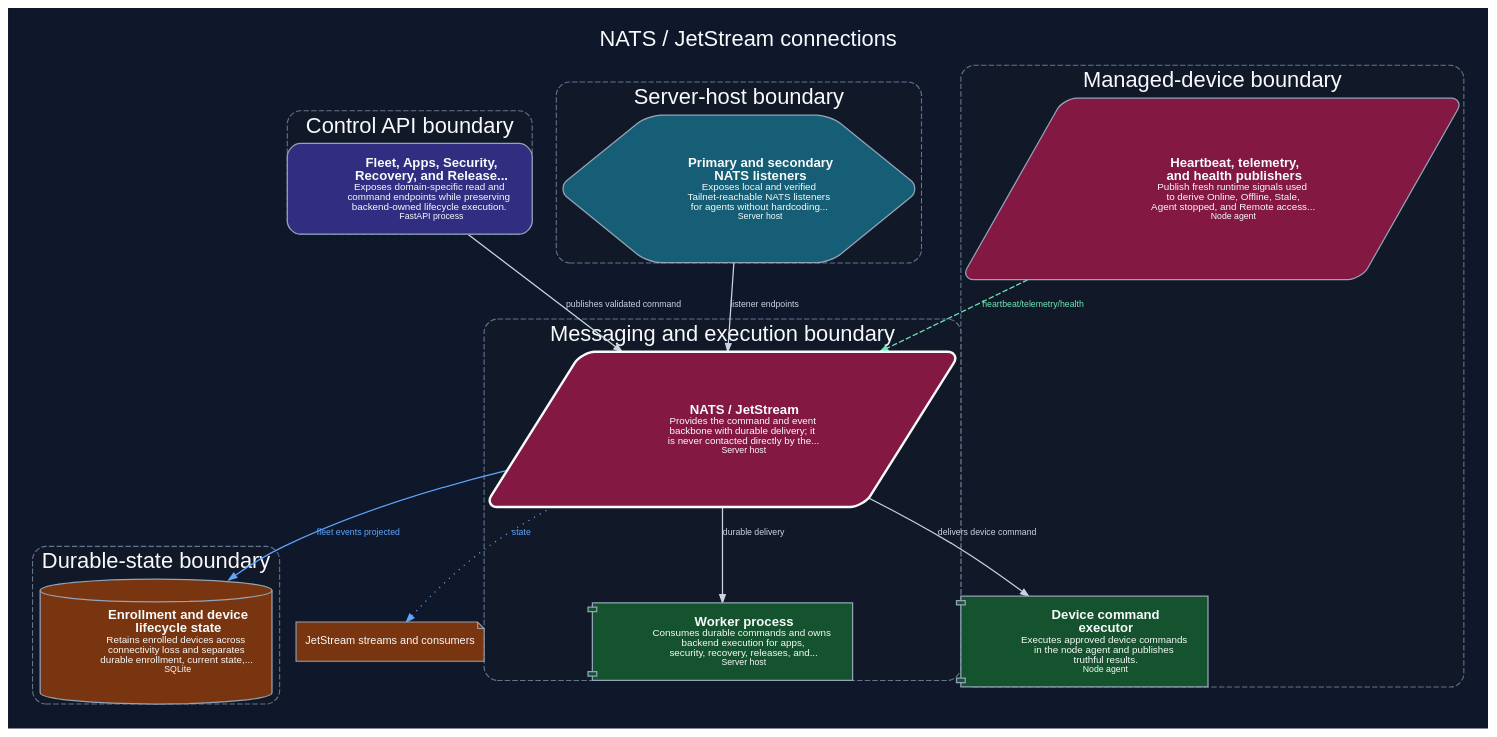
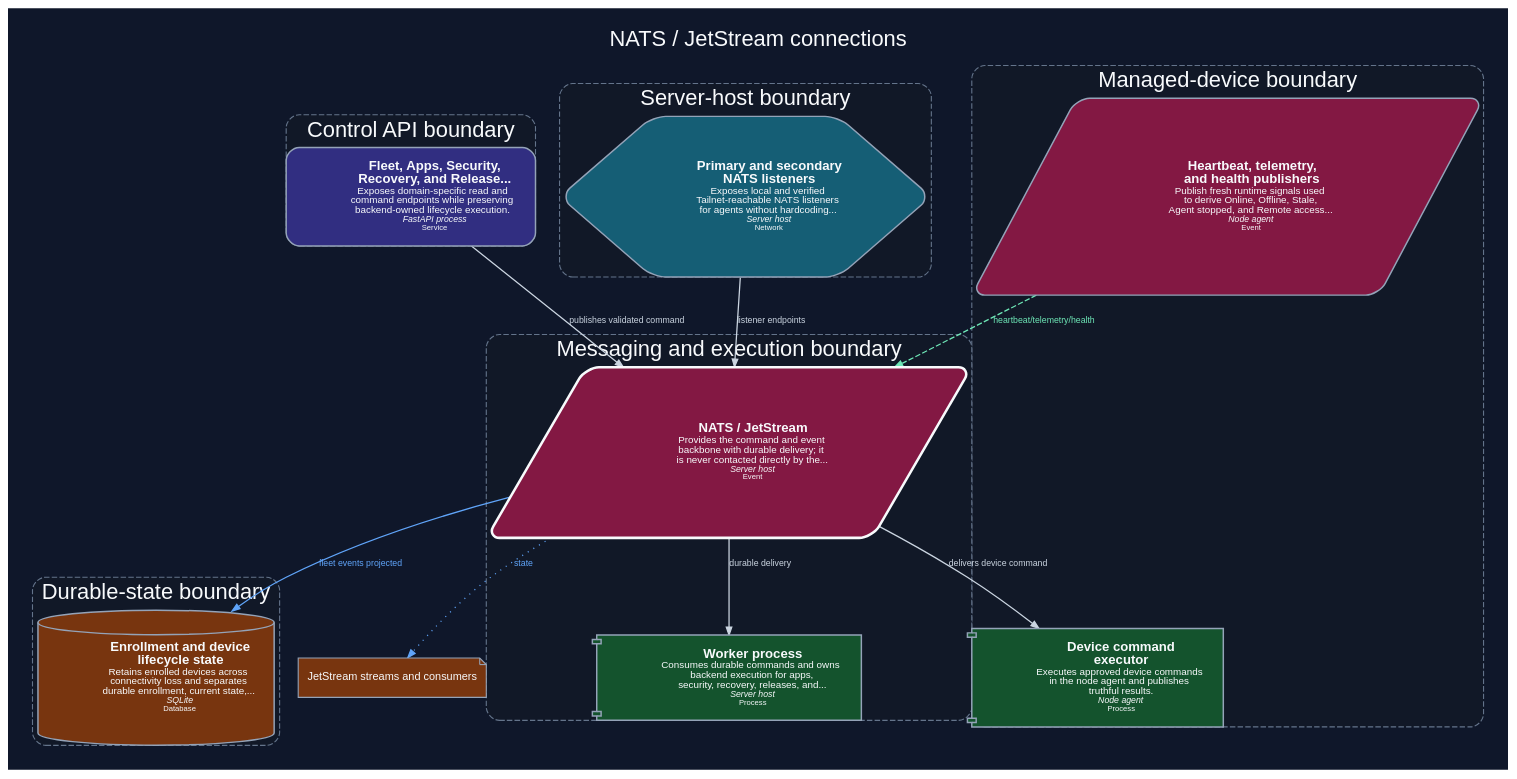
One commit to dexter-lab-ctrl/pocket-lab-lite changed the diagram in docs/assets/diagrams/production/components/nats-jetstream.dark.dot. Above: the diagram before and after it, drawn with Graphviz. The commit also changed 395 other files, not shown here.

Commit message:
docs: add infrastructure architecture icons

```diff
--- a/docs/assets/diagrams/production/components/nats-jetstream.dark.dot
+++ b/docs/assets/diagrams/production/components/nats-jetstream.dark.dot
@@ -39,7 +39,7 @@
     fillcolor="#111827";
     fontcolor="#f8fafc";
     penwidth="1.0";
-    "api-domain-surfaces" [label=<<TABLE BORDER="0" CELLBORDER="0" CELLPADDING="4"><TR><TD FIXEDSIZE="TRUE" WIDTH="38" HEIGHT="38"> </TD><TD ALIGN="LEFT"><FONT POINT-SIZE="12"><B>Fleet, Apps, Security,<BR/>Recovery, and Release...</B></FONT><BR/><FONT POINT-SIZE="9">Exposes domain-specific read and<BR/>command endpoints while preserving<BR/>backend-owned lifecycle execution.</FONT><BR/><FONT POINT-SIZE="8">FastAPI process</FONT></TD></TR></TABLE>>, shape="box", style="rounded,filled", fillcolor="#312e81", color="#94a3b8", fontcolor="#f8fafc", penwidth="1.15", tooltip="Fleet, Apps, Security, Recovery, and Release APIs. Exposes domain-specific read and command endpoints while preserving backend-owned lifecycle execution.", URL="../../../../generated/production/architecture/components/api-domain-surfaces/", target="_top"];
+    "api-domain-surfaces" [label=<<TABLE BORDER="0" CELLBORDER="0" CELLPADDING="4"><TR><TD FIXEDSIZE="TRUE" WIDTH="42" HEIGHT="42"> </TD><TD ALIGN="LEFT"><FONT POINT-SIZE="12"><B>Fleet, Apps, Security,<BR/>Recovery, and Release...</B></FONT><BR/><FONT POINT-SIZE="9">Exposes domain-specific read and<BR/>command endpoints while preserving<BR/>backend-owned lifecycle execution.</FONT><BR/><FONT POINT-SIZE="8"><I>FastAPI process</I></FONT><BR/><FONT POINT-SIZE="7.5">Service</FONT></TD></TR></TABLE>>, shape="box", style="rounded,filled", fillcolor="#312e81", color="#94a3b8", fontcolor="#f8fafc", penwidth="1.35", tooltip="Fleet, Apps, Security, Recovery, and Release APIs. Exposes domain-specific read and command endpoints while preserving backend-owned lifecycle execution.", URL="../../../../generated/production/architecture/components/api-domain-surfaces/", target="_top"];
   }
   subgraph "cluster_durable-state" {
     label="Durable-state boundary";
@@ -48,7 +48,7 @@
     fillcolor="#111827";
     fontcolor="#f8fafc";
     penwidth="1.0";
-    "device-state" [label=<<TABLE BORDER="0" CELLBORDER="0" CELLPADDING="4"><TR><TD FIXEDSIZE="TRUE" WIDTH="38" HEIGHT="38"> </TD><TD ALIGN="LEFT"><FONT POINT-SIZE="12"><B>Enrollment and device<BR/>lifecycle state</B></FONT><BR/><FONT POINT-SIZE="9">Retains enrolled devices across<BR/>connectivity loss and separates<BR/>durable enrollment, current state,...</FONT><BR/><FONT POINT-SIZE="8">SQLite</FONT></TD></TR></TABLE>>, shape="cylinder", style="rounded,filled", fillcolor="#78350f", color="#94a3b8", fontcolor="#f8fafc", penwidth="1.15", tooltip="Enrollment and device lifecycle state. Retains enrolled devices across connectivity loss and separates durable enrollment, current state, health, supervisor state, and recovery history.", URL="../../../../generated/production/architecture/components/device-state/", target="_top"];
+    "device-state" [label=<<TABLE BORDER="0" CELLBORDER="0" CELLPADDING="4"><TR><TD FIXEDSIZE="TRUE" WIDTH="42" HEIGHT="42"> </TD><TD ALIGN="LEFT"><FONT POINT-SIZE="12"><B>Enrollment and device<BR/>lifecycle state</B></FONT><BR/><FONT POINT-SIZE="9">Retains enrolled devices across<BR/>connectivity loss and separates<BR/>durable enrollment, current state,...</FONT><BR/><FONT POINT-SIZE="8"><I>SQLite</I></FONT><BR/><FONT POINT-SIZE="7.5">Database</FONT></TD></TR></TABLE>>, shape="cylinder", style="rounded,filled", fillcolor="#78350f", color="#94a3b8", fontcolor="#f8fafc", penwidth="1.35", tooltip="Enrollment and device lifecycle state. Retains enrolled devices across connectivity loss and separates durable enrollment, current state, health, supervisor state, and recovery history.", URL="../../../../generated/production/architecture/components/device-state/", target="_top"];
   }
   subgraph "cluster_managed-device" {
     label="Managed-device boundary";
@@ -57,8 +57,8 @@
     fillcolor="#111827";
     fontcolor="#f8fafc";
     penwidth="1.0";
-    "agent-command-executor" [label=<<TABLE BORDER="0" CELLBORDER="0" CELLPADDING="4"><TR><TD FIXEDSIZE="TRUE" WIDTH="38" HEIGHT="38"> </TD><TD ALIGN="LEFT"><FONT POINT-SIZE="12"><B>Device command<BR/>executor</B></FONT><BR/><FONT POINT-SIZE="9">Executes approved device commands<BR/>in the node agent and publishes<BR/>truthful results.</FONT><BR/><FONT POINT-SIZE="8">Node agent</FONT></TD></TR></TABLE>>, shape="component", style="rounded,filled", fillcolor="#14532d", color="#94a3b8", fontcolor="#f8fafc", penwidth="1.15", tooltip="Device command executor. Executes approved device commands in the node agent and publishes truthful results.", URL="../../../../generated/production/architecture/components/agent-command-executor/", target="_top"];
-    "agent-signals" [label=<<TABLE BORDER="0" CELLBORDER="0" CELLPADDING="4"><TR><TD FIXEDSIZE="TRUE" WIDTH="38" HEIGHT="38"> </TD><TD ALIGN="LEFT"><FONT POINT-SIZE="12"><B>Heartbeat, telemetry,<BR/>and health publishers</B></FONT><BR/><FONT POINT-SIZE="9">Publish fresh runtime signals used<BR/>to derive Online, Offline, Stale,<BR/>Agent stopped, and Remote access...</FONT><BR/><FONT POINT-SIZE="8">Node agent</FONT></TD></TR></TABLE>>, shape="parallelogram", style="rounded,filled", fillcolor="#831843", color="#94a3b8", fontcolor="#f8fafc", penwidth="1.15", tooltip="Heartbeat, telemetry, and health publishers. Publish fresh runtime signals used to derive Online, Offline, Stale, Agent stopped, and Remote access not ready states.", URL="../../../../generated/production/architecture/components/agent-signals/", target="_top"];
+    "agent-command-executor" [label=<<TABLE BORDER="0" CELLBORDER="0" CELLPADDING="4"><TR><TD FIXEDSIZE="TRUE" WIDTH="42" HEIGHT="42"> </TD><TD ALIGN="LEFT"><FONT POINT-SIZE="12"><B>Device command<BR/>executor</B></FONT><BR/><FONT POINT-SIZE="9">Executes approved device commands<BR/>in the node agent and publishes<BR/>truthful results.</FONT><BR/><FONT POINT-SIZE="8"><I>Node agent</I></FONT><BR/><FONT POINT-SIZE="7.5">Process</FONT></TD></TR></TABLE>>, shape="component", style="rounded,filled", fillcolor="#14532d", color="#94a3b8", fontcolor="#f8fafc", penwidth="1.35", tooltip="Device command executor. Executes approved device commands in the node agent and publishes truthful results.", URL="../../../../generated/production/architecture/components/agent-command-executor/", target="_top"];
+    "agent-signals" [label=<<TABLE BORDER="0" CELLBORDER="0" CELLPADDING="4"><TR><TD FIXEDSIZE="TRUE" WIDTH="42" HEIGHT="42"> </TD><TD ALIGN="LEFT"><FONT POINT-SIZE="12"><B>Heartbeat, telemetry,<BR/>and health publishers</B></FONT><BR/><FONT POINT-SIZE="9">Publish fresh runtime signals used<BR/>to derive Online, Offline, Stale,<BR/>Agent stopped, and Remote access...</FONT><BR/><FONT POINT-SIZE="8"><I>Node agent</I></FONT><BR/><FONT POINT-SIZE="7.5">Event</FONT></TD></TR></TABLE>>, shape="parallelogram", style="rounded,filled", fillcolor="#831843", color="#94a3b8", fontcolor="#f8fafc", penwidth="1.35", tooltip="Heartbeat, telemetry, and health publishers. Publish fresh runtime signals used to derive Online, Offline, Stale, Agent stopped, and Remote access not ready states.", URL="../../../../generated/production/architecture/components/agent-signals/", target="_top"];
   }
   subgraph "cluster_messaging-execution" {
     label="Messaging and execution boundary";
@@ -67,8 +67,8 @@
     fillcolor="#111827";
     fontcolor="#f8fafc";
     penwidth="1.0";
-    "nats-jetstream" [label=<<TABLE BORDER="0" CELLBORDER="0" CELLPADDING="4"><TR><TD FIXEDSIZE="TRUE" WIDTH="38" HEIGHT="38"> </TD><TD ALIGN="LEFT"><FONT POINT-SIZE="12"><B>NATS / JetStream</B></FONT><BR/><FONT POINT-SIZE="9">Provides the command and event<BR/>backbone with durable delivery; it<BR/>is never contacted directly by the...</FONT><BR/><FONT POINT-SIZE="8">Server host</FONT></TD></TR></TABLE>>, shape="parallelogram", style="rounded,filled,bold", fillcolor="#831843", color="#f8fafc", fontcolor="#f8fafc", penwidth="2.2", tooltip="NATS / JetStream. Provides the command and event backbone with durable delivery; it is never contacted directly by the frontend.", URL="../../../../generated/production/architecture/components/nats-jetstream/", target="_top"];
-    "worker" [label=<<TABLE BORDER="0" CELLBORDER="0" CELLPADDING="4"><TR><TD FIXEDSIZE="TRUE" WIDTH="38" HEIGHT="38"> </TD><TD ALIGN="LEFT"><FONT POINT-SIZE="12"><B>Worker process</B></FONT><BR/><FONT POINT-SIZE="9">Consumes durable commands and owns<BR/>backend execution for apps,<BR/>security, recovery, releases, and...</FONT><BR/><FONT POINT-SIZE="8">Server host</FONT></TD></TR></TABLE>>, shape="component", style="rounded,filled", fillcolor="#14532d", color="#94a3b8", fontcolor="#f8fafc", penwidth="1.15", tooltip="Worker process. Consumes durable commands and owns backend execution for apps, security, recovery, releases, and lifecycle work.", URL="../../../../generated/production/architecture/components/worker/", target="_top"];
+    "nats-jetstream" [label=<<TABLE BORDER="0" CELLBORDER="0" CELLPADDING="4"><TR><TD FIXEDSIZE="TRUE" WIDTH="42" HEIGHT="42"> </TD><TD ALIGN="LEFT"><FONT POINT-SIZE="12"><B>NATS / JetStream</B></FONT><BR/><FONT POINT-SIZE="9">Provides the command and event<BR/>backbone with durable delivery; it<BR/>is never contacted directly by the...</FONT><BR/><FONT POINT-SIZE="8"><I>Server host</I></FONT><BR/><FONT POINT-SIZE="7.5">Event</FONT></TD></TR></TABLE>>, shape="parallelogram", style="rounded,filled,bold", fillcolor="#831843", color="#f8fafc", fontcolor="#f8fafc", penwidth="2.3", tooltip="NATS / JetStream. Provides the command and event backbone with durable delivery; it is never contacted directly by the frontend.", URL="../../../../generated/production/architecture/components/nats-jetstream/", target="_top"];
+    "worker" [label=<<TABLE BORDER="0" CELLBORDER="0" CELLPADDING="4"><TR><TD FIXEDSIZE="TRUE" WIDTH="42" HEIGHT="42"> </TD><TD ALIGN="LEFT"><FONT POINT-SIZE="12"><B>Worker process</B></FONT><BR/><FONT POINT-SIZE="9">Consumes durable commands and owns<BR/>backend execution for apps,<BR/>security, recovery, releases, and...</FONT><BR/><FONT POINT-SIZE="8"><I>Server host</I></FONT><BR/><FONT POINT-SIZE="7.5">Process</FONT></TD></TR></TABLE>>, shape="component", style="rounded,filled", fillcolor="#14532d", color="#94a3b8", fontcolor="#f8fafc", penwidth="1.35", tooltip="Worker process. Consumes durable commands and owns backend execution for apps, security, recovery, releases, and lifecycle work.", URL="../../../../generated/production/architecture/components/worker/", target="_top"];
   }
   subgraph "cluster_server-host" {
     label="Server-host boundary";
@@ -77,7 +77,7 @@
     fillcolor="#111827";
     fontcolor="#f8fafc";
     penwidth="1.0";
-    "nats-listeners" [label=<<TABLE BORDER="0" CELLBORDER="0" CELLPADDING="4"><TR><TD FIXEDSIZE="TRUE" WIDTH="38" HEIGHT="38"> </TD><TD ALIGN="LEFT"><FONT POINT-SIZE="12"><B>Primary and secondary<BR/>NATS listeners</B></FONT><BR/><FONT POINT-SIZE="9">Exposes local and verified<BR/>Tailnet-reachable NATS listeners<BR/>for agents without hardcoding...</FONT><BR/><FONT POINT-SIZE="8">Server host</FONT></TD></TR></TABLE>>, shape="hexagon", style="rounded,filled", fillcolor="#155e75", color="#94a3b8", fontcolor="#f8fafc", penwidth="1.15", tooltip="Primary and secondary NATS listeners. Exposes local and verified Tailnet-reachable NATS listeners for agents without hardcoding credentials or addresses.", URL="../../../../generated/production/architecture/components/nats-listeners/", target="_top"];
+    "nats-listeners" [label=<<TABLE BORDER="0" CELLBORDER="0" CELLPADDING="4"><TR><TD FIXEDSIZE="TRUE" WIDTH="42" HEIGHT="42"> </TD><TD ALIGN="LEFT"><FONT POINT-SIZE="12"><B>Primary and secondary<BR/>NATS listeners</B></FONT><BR/><FONT POINT-SIZE="9">Exposes local and verified<BR/>Tailnet-reachable NATS listeners<BR/>for agents without hardcoding...</FONT><BR/><FONT POINT-SIZE="8"><I>Server host</I></FONT><BR/><FONT POINT-SIZE="7.5">Network</FONT></TD></TR></TABLE>>, shape="hexagon", style="rounded,filled", fillcolor="#155e75", color="#94a3b8", fontcolor="#f8fafc", penwidth="1.35", tooltip="Primary and secondary NATS listeners. Exposes local and verified Tailnet-reachable NATS listeners for agents without hardcoding credentials or addresses.", URL="../../../../generated/production/architecture/components/nats-listeners/", target="_top"];
   }
   "nats-jetstream" -> "agent-command-executor" [label="delivers device command", tooltip="delivers device command (NATS)", style="solid", arrowhead="normal", color="#cbd5e1", fontcolor="#cbd5e1"];
   "api-domain-surfaces" -> "nats-jetstream" [label="publishes validated command", tooltip="publishes validated command (NATS)", style="solid", arrowhead="normal", color="#cbd5e1", fontcolor="#cbd5e1"];
```
